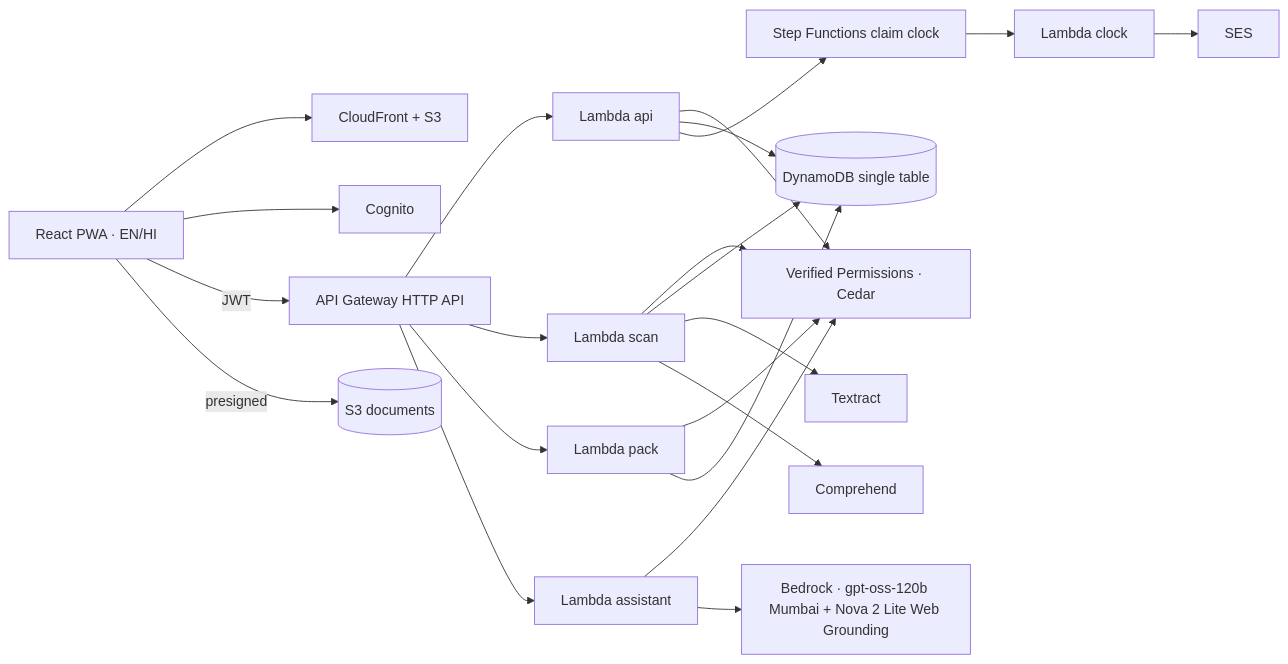
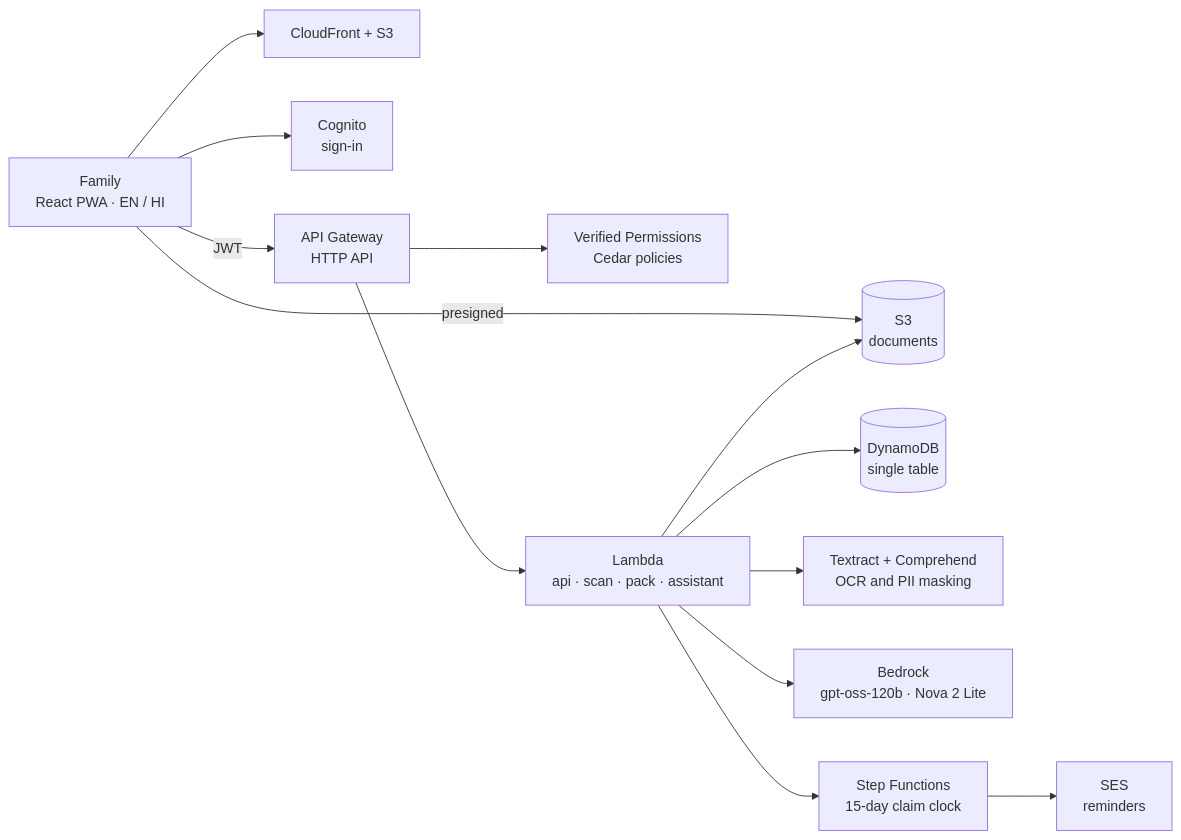
Before and after one commit to DhrubaAgarwalla/afterloss: the diagram in README.md, drawn with Mermaid. The commit also changed 1 other file, not shown here.

Commit message:
docs: fix mermaid parse error and simplify the diagrams
- A semicolon inside a sequence-diagram message ended the statement early, so
  GitHub could not render "3.1 Find assets from a bank statement"
- README diagram redrawn as a single left-to-right flow; the previous fan-out
  edges crossed each other and pushed SES off the canvas
- Architecture diagram: <br> line breaks instead of \n, current Bedrock models
  (gpt-oss-120b for explanations), runtime corrected to Python 3.13
- All four diagrams parse and render under mermaid 11, the version GitHub uses

````diff
--- a/README.md
+++ b/README.md
@@ -49,13 +49,14 @@
 ```mermaid
 flowchart LR
-  UI[React PWA · EN/HI] --> CF[CloudFront + S3]
-  UI --> COG[Cognito]
-  UI -- JWT --> API[API Gateway HTTP API]
-  API --> L1[Lambda api] & L2[Lambda scan] & L3[Lambda pack] & L4[Lambda assistant]
-  L1 & L2 & L3 & L4 --> AVP[Verified Permissions · Cedar]
-  L1 & L2 & L3 --> DDB[(DynamoDB single table)]
-  UI -- presigned --> S3[(S3 documents)]
-  L2 --> TX[Textract] & CMP[Comprehend]
-  L1 --> SFN[Step Functions claim clock] --> L5[Lambda clock] --> SES[SES]
-  L4 --> BR[Bedrock · gpt-oss-120b Mumbai + Nova 2 Lite Web Grounding]
+  U["Family<br>React PWA · EN / HI"] --> CF["CloudFront + S3"]
+  U --> COG["Cognito<br>sign-in"]
+  U -- "JWT" --> GW["API Gateway<br>HTTP API"]
+  U -- "presigned" --> S3[("S3<br>documents")]
+  GW --> AVP["Verified Permissions<br>Cedar policies"]
+  GW --> FN["Lambda<br>api · scan · pack · assistant"]
+  FN --> DDB[("DynamoDB<br>single table")]
+  FN --> S3
+  FN --> OCR["Textract + Comprehend<br>OCR and PII masking"]
+  FN --> AI["Bedrock<br>gpt-oss-120b · Nova 2 Lite"]
+  FN --> SFN["Step Functions<br>15-day claim clock"] --> SES["SES<br>reminders"]
 ```
````
